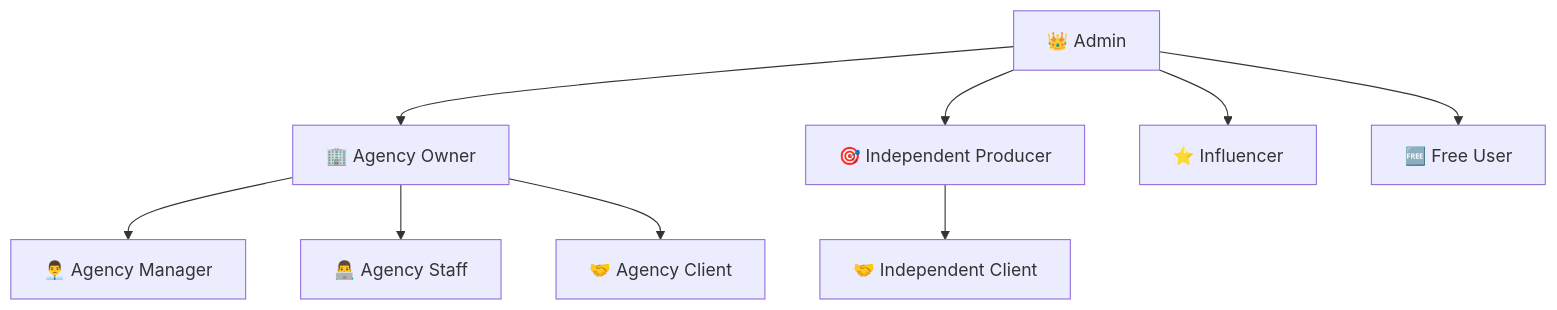
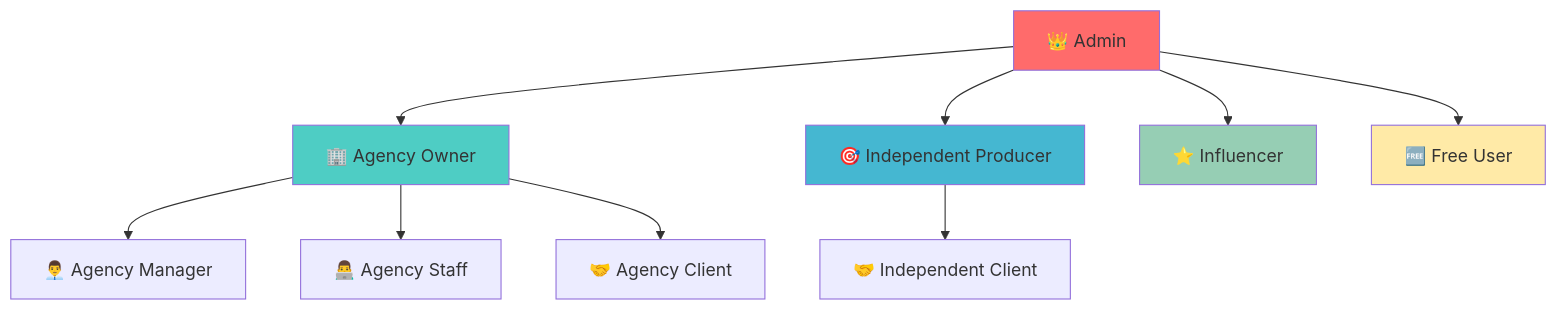
The diagram in README.md (FragazBR/fvstudiosdash), drawn with Mermaid before and after one commit. The commit also changed other lines of this file and 163 other files, not shown here.

````diff
--- a/README.md
+++ b/README.md
@@ -22,13 +48,19 @@
 ```mermaid
 graph TD
     A[👑 Admin] --> B[🏢 Agency Owner]
     A --> E[🎯 Independent Producer] 
     A --> G[⭐ Influencer]
     A --> H[🆓 Free User]
     
     B --> C[👨‍💼 Agency Manager]
     B --> D[👨‍💻 Agency Staff]
     B --> F[🤝 Agency Client]
     
     E --> I[🤝 Independent Client]
+    
+    style A fill:#ff6b6b
+    style B fill:#4ecdc4
+    style E fill:#45b7d1
+    style G fill:#96ceb4
+    style H fill:#ffeaa7
 ```
````
